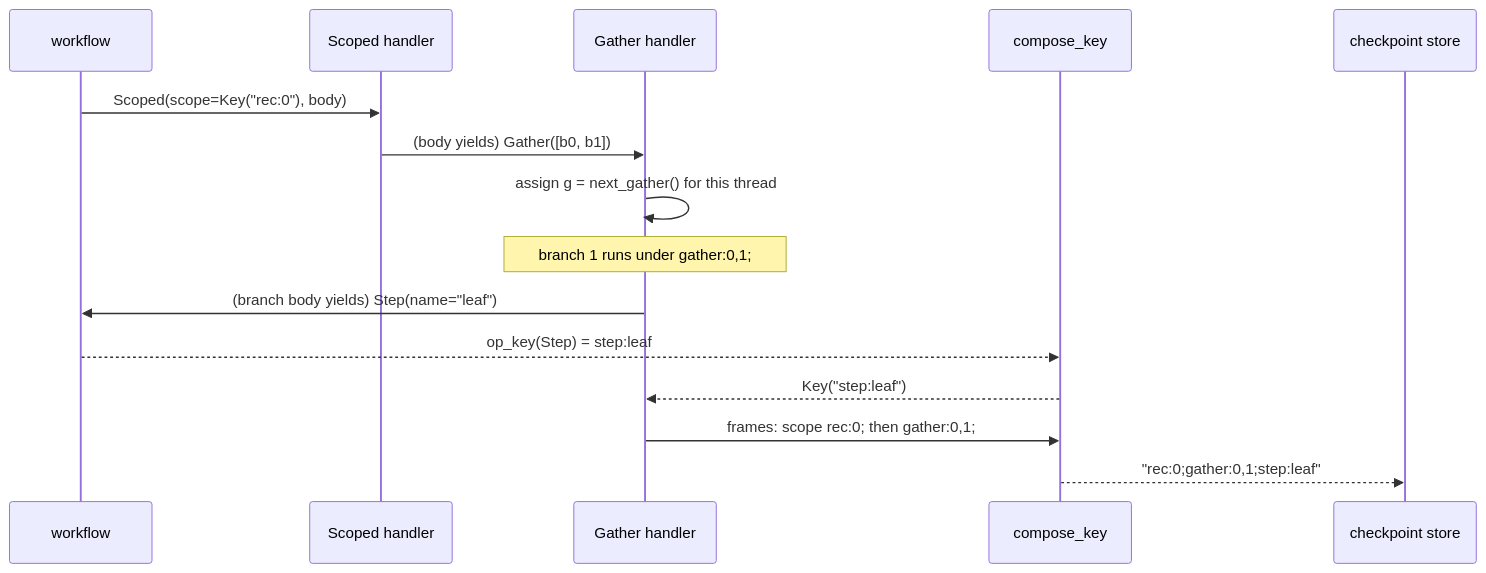
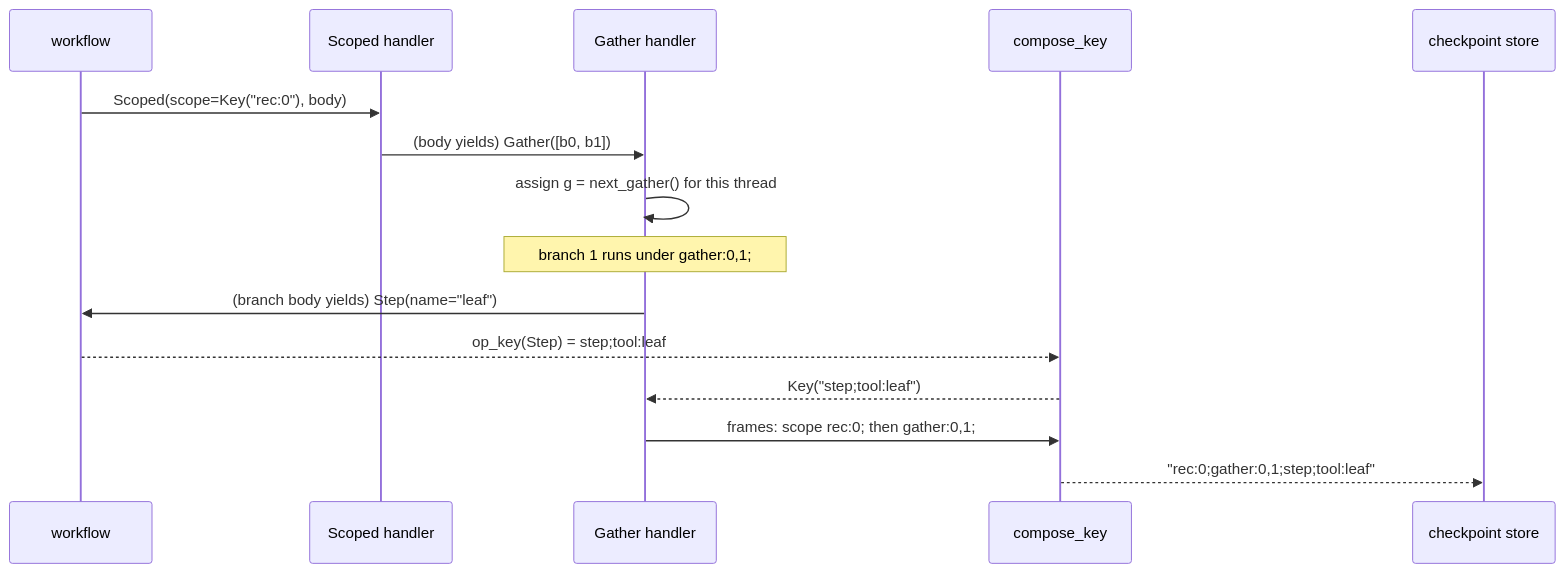
Before and after one commit to jimbaker/effective: the second of 5 diagrams in docs/effective-design.md, drawn with Mermaid. The commit also changed other lines of this file and 183 other files, not shown here.

````diff
--- a/docs/effective-design.md
+++ b/docs/effective-design.md
@@ -543,18 +543,18 @@
 ```mermaid
 sequenceDiagram
     participant W as workflow
     participant S as Scoped handler
     participant G as Gather handler
     participant K as compose_key
     participant St as checkpoint store
 
     W->>S: Scoped(scope=Key("rec:0"), body)
     S->>G: (body yields) Gather([b0, b1])
     G->>G: assign g = next_gather() for this thread
     Note over G: branch 1 runs under gather:0,1#59;
     G->>W: (branch body yields) Step(name="leaf")
-    W-->>K: op_key(Step) = step:leaf
-    K-->>G: Key("step:leaf")
+    W-->>K: op_key(Step) = step#59;tool:leaf
+    K-->>G: Key("step#59;tool:leaf")
     G->>K: frames: scope rec:0#59; then gather:0,1#59;
-    K-->>St: "rec:0#59;gather:0,1#59;step:leaf"
+    K-->>St: "rec:0#59;gather:0,1#59;step#59;tool:leaf"
 ```
````
